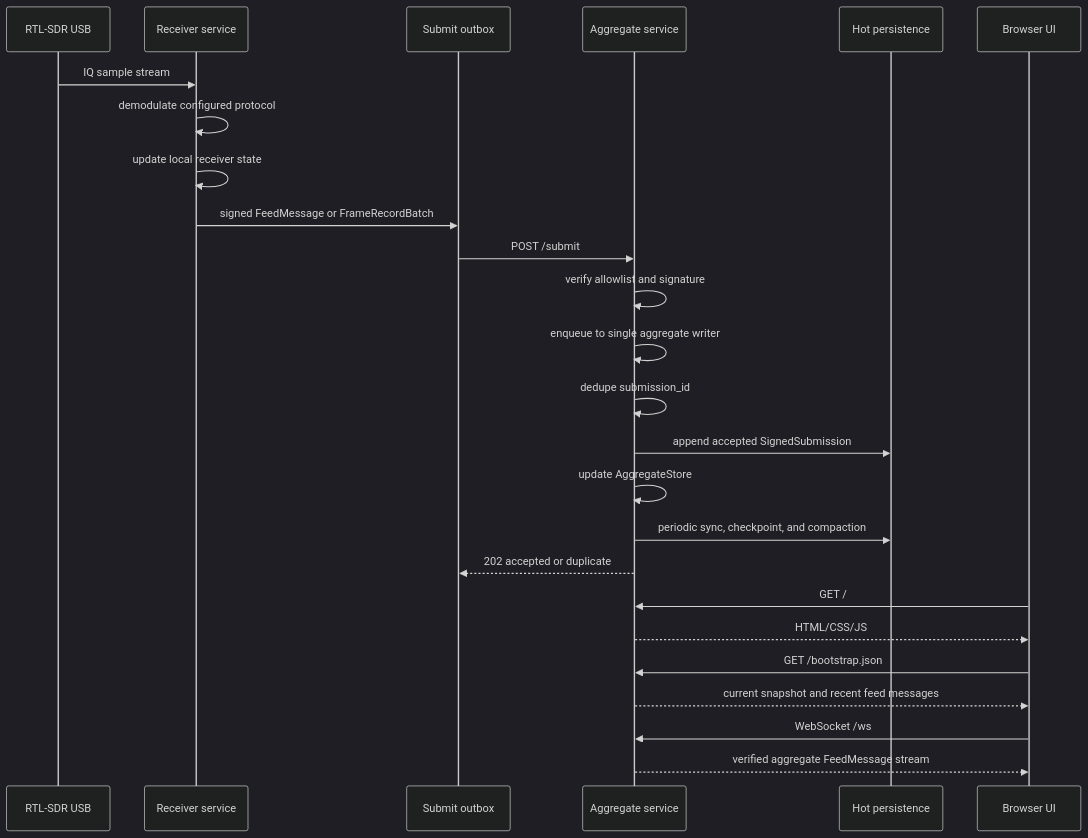
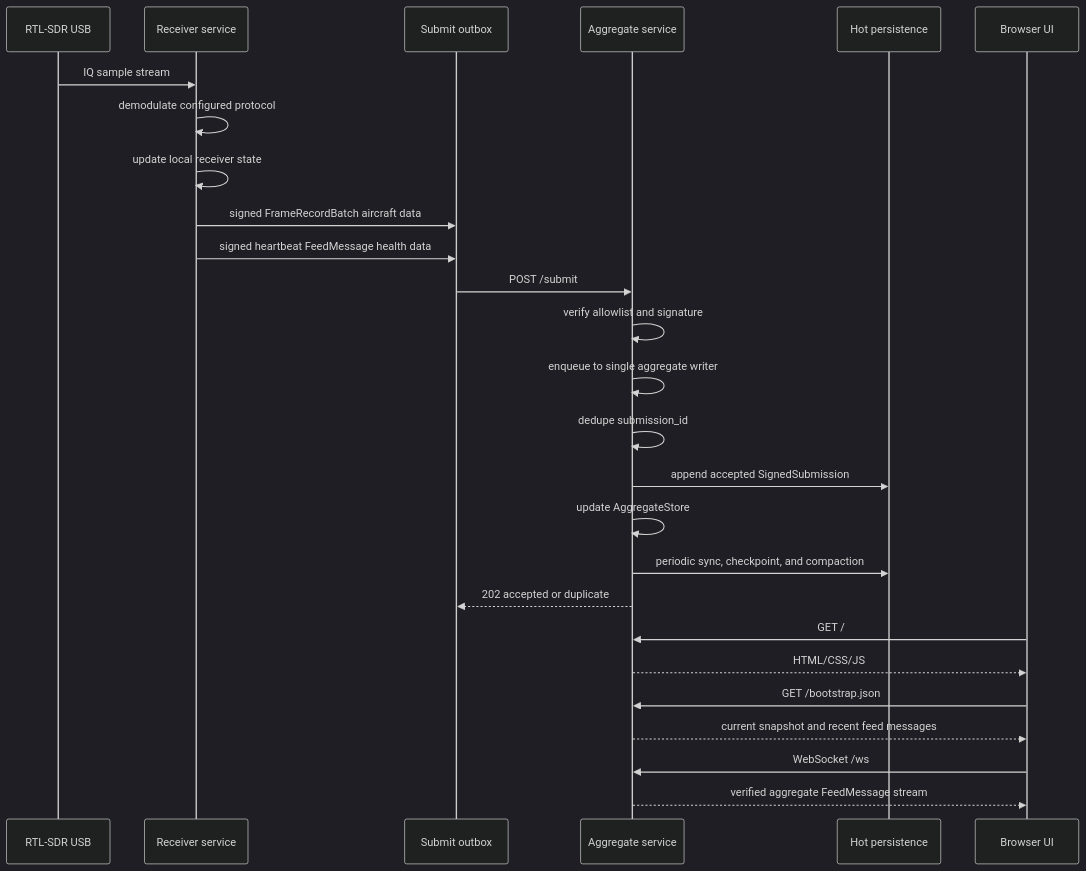
Before and after one commit to abhay/rsdb: the second of 2 diagrams in docs/ARCHITECTURE.md, drawn with Mermaid (dark theme). The commit also changed other lines of this file and 9 other files, not shown here.

First line of the commit message:
Submit signed frame records to aggregate

````diff
--- a/docs/ARCHITECTURE.md
+++ b/docs/ARCHITECTURE.md
@@ -70,29 +71,30 @@
 ```mermaid
 sequenceDiagram
   participant USB as RTL-SDR USB
   participant R as Receiver service
   participant Q as Submit outbox
   participant A as Aggregate service
   participant P as Hot persistence
   participant U as Browser UI
 
   USB->>R: IQ sample stream
   R->>R: demodulate configured protocol
   R->>R: update local receiver state
-  R->>Q: signed FeedMessage or FrameRecordBatch
+  R->>Q: signed FrameRecordBatch aircraft data
+  R->>Q: signed heartbeat FeedMessage health data
   Q->>A: POST /submit
   A->>A: verify allowlist and signature
   A->>A: enqueue to single aggregate writer
   A->>A: dedupe submission_id
   A->>P: append accepted SignedSubmission
   A->>A: update AggregateStore
   A->>P: periodic sync, checkpoint, and compaction
   A-->>Q: 202 accepted or duplicate
 
   U->>A: GET /
   A-->>U: HTML/CSS/JS
   U->>A: GET /bootstrap.json
   A-->>U: current snapshot and recent feed messages
   U->>A: WebSocket /ws
   A-->>U: verified aggregate FeedMessage stream
 ```
````
